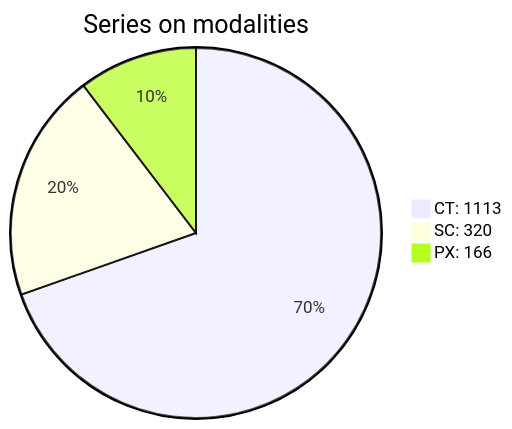
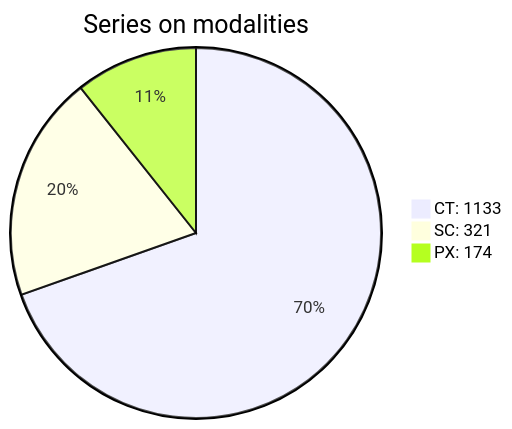
The second of 2 diagrams in a2_pair_ct_px.md (doidio/nonapx), drawn with Mermaid before and after one commit. The commit also changed other lines of this file and 1 other file, not shown here.

````diff
--- a/a2_pair_ct_px.md
+++ b/a2_pair_ct_px.md
@@ -10,6 +10,6 @@
 ```mermaid
 pie title Series on modalities
-    "CT: 1113" : 1113
-    "SC: 320" : 320
-    "PX: 166" : 166
+    "CT: 1133" : 1133
+    "SC: 321" : 321
+    "PX: 174" : 174
 ```
````
